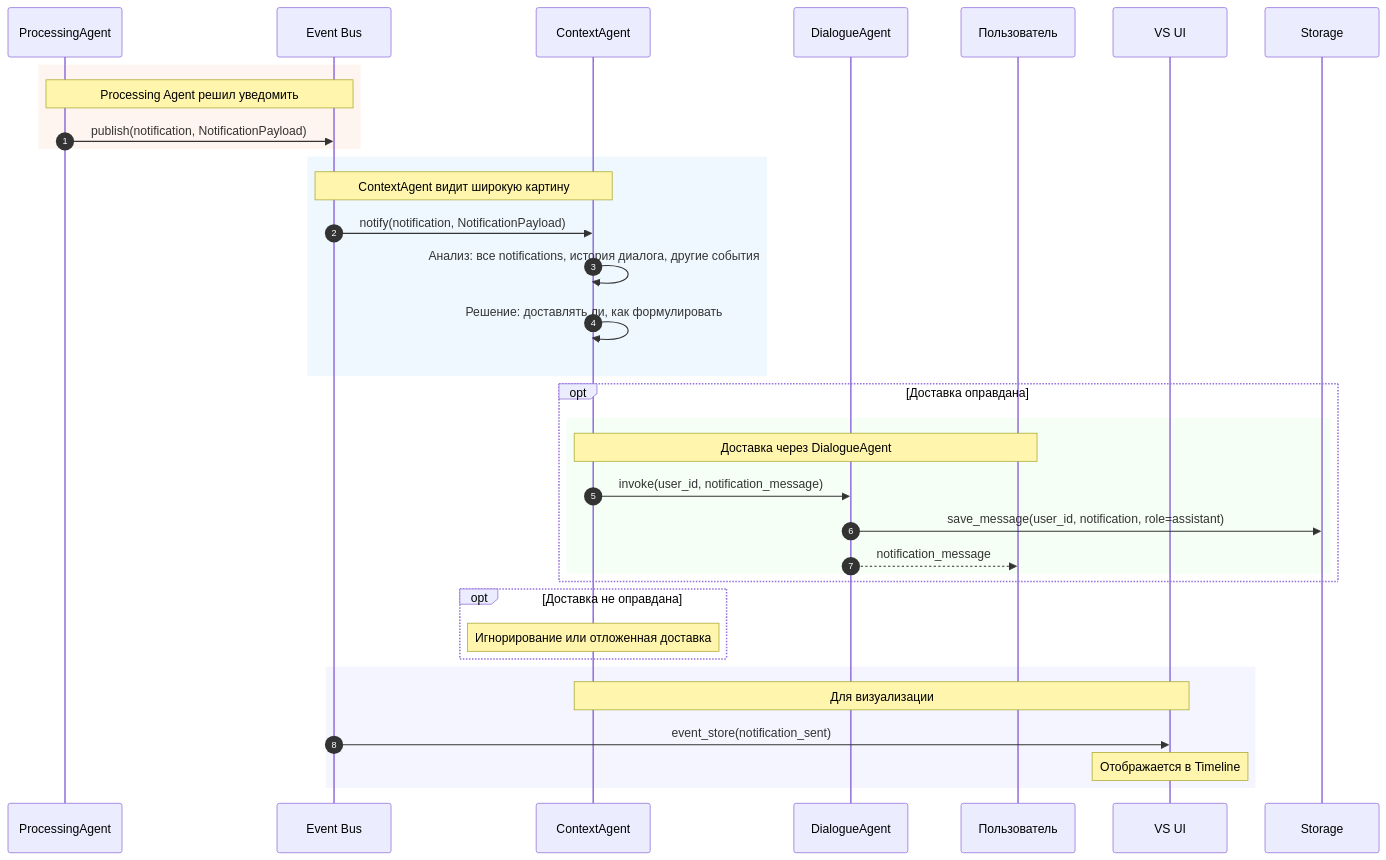
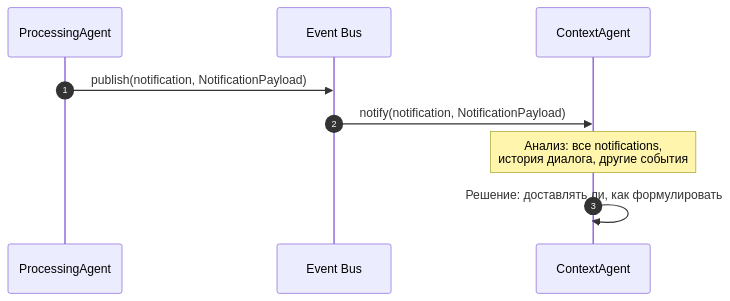
One commit to Dieugene/team-assistant changed the fifth of 17 diagrams in 00_docs/architecture/runtime_architecture.md. Above: the diagram before and after it, drawn with Mermaid. The commit also changed other lines of this file, not shown here.

First line of the commit message:
Refine runtime architecture details

````diff
--- a/00_docs/architecture/runtime_architecture.md
+++ b/00_docs/architecture/runtime_architecture.md
@@ -228,41 +229,13 @@
 ```mermaid
 sequenceDiagram
     autonumber
     participant PA as ProcessingAgent
     participant EB as Event Bus
     participant CA as ContextAgent
-    participant DA as DialogueAgent
-    participant User as Пользователь
-    participant VS as VS UI
 
-    rect rgb(255, 245, 240)
-        Note over PA,EB: Processing Agent решил уведомить
-        PA->>EB: publish(notification, NotificationPayload)
-    end
+    PA->>EB: publish(notification, NotificationPayload)
+    EB->>CA: notify(notification, NotificationPayload)
 
-    rect rgb(240, 248, 255)
-        Note over EB,CA: ContextAgent видит широкую картину
-        EB->>CA: notify(notification, NotificationPayload)
-        CA->>CA: Анализ: все notifications, история диалога, другие события
-        CA->>CA: Решение: доставлять ли, как формулировать
-    end
-
-    opt Доставка оправдана
-        rect rgb(245, 255, 245)
-            Note over CA,User: Доставка через DialogueAgent
-            CA->>DA: invoke(user_id, notification_message)
-            DA->>Storage: save_message(user_id, notification, role=assistant)
-            DA-->>User: notification_message
-        end
-    end
-
-    opt Доставка не оправдана
-        Note over CA: Игнорирование или отложенная доставка
-    end
-
-    rect rgb(245, 245, 255)
-        Note over CA,VS: Для визуализации
-        EB->>VS: event_store(notification_sent)
-        Note over VS: Отображается в Timeline
-    end
+    Note over CA: Анализ: все notifications,<br/>история диалога, другие события
+    CA->>CA: Решение: доставлять ли, как формулировать
 ```
````
